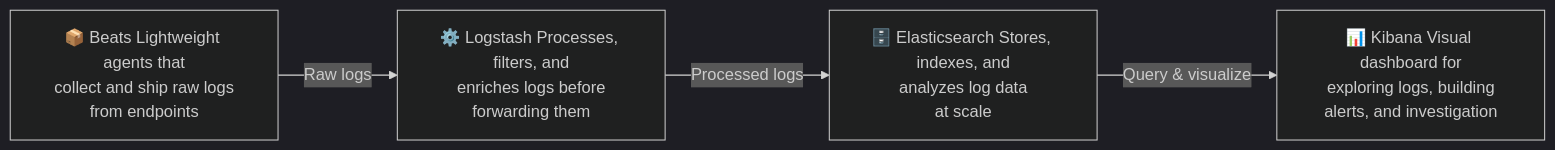
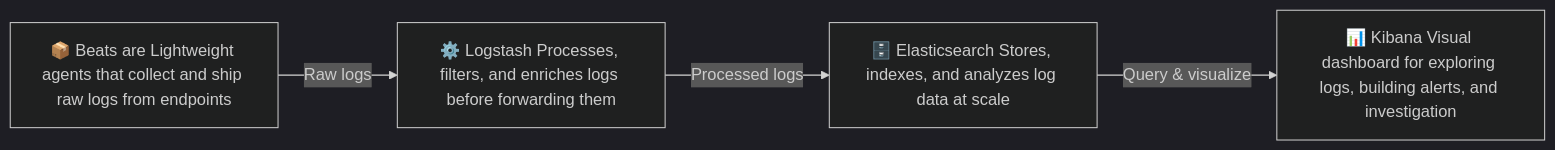
One commit to benjaminsmith-spec/ELK-stack-Docker-Home-Lab changed the first of 2 diagrams in README.md. Above: the diagram before and after it, drawn with Mermaid (dark theme). The commit also changed other lines of this file, not shown here.

````diff
--- a/README.md
+++ b/README.md
@@ -17,11 +17,11 @@
 ```mermaid
 flowchart LR
-    B["📦 Beats Lightweight agents that\ncollect and ship raw logs\nfrom endpoints"]
-    L["⚙️ Logstash Processes, filters, and\nenriches logs before\nforwarding them"]
-    E["🗄️ Elasticsearch Stores, indexes, and\nanalyzes log data\nat scale"]
-    K["📊 Kibana Visual dashboard for\nexploring logs, building\nalerts, and investigation"]
+    B["📦 Beats are Lightweight agents that collect and ship raw logs from endpoints"]
+    L["⚙️ Logstash Processes, filters, and enriches logs before forwarding them"]
+    E["🗄️ Elasticsearch Stores, indexes, and analyzes log data at scale"]
+    K["📊 Kibana Visual dashboard for exploring logs, building alerts, and investigation"]
 
     B -->|"Raw logs"| L
     L -->|"Processed logs"| E
     E -->|"Query & visualize"| K
 ```
````
